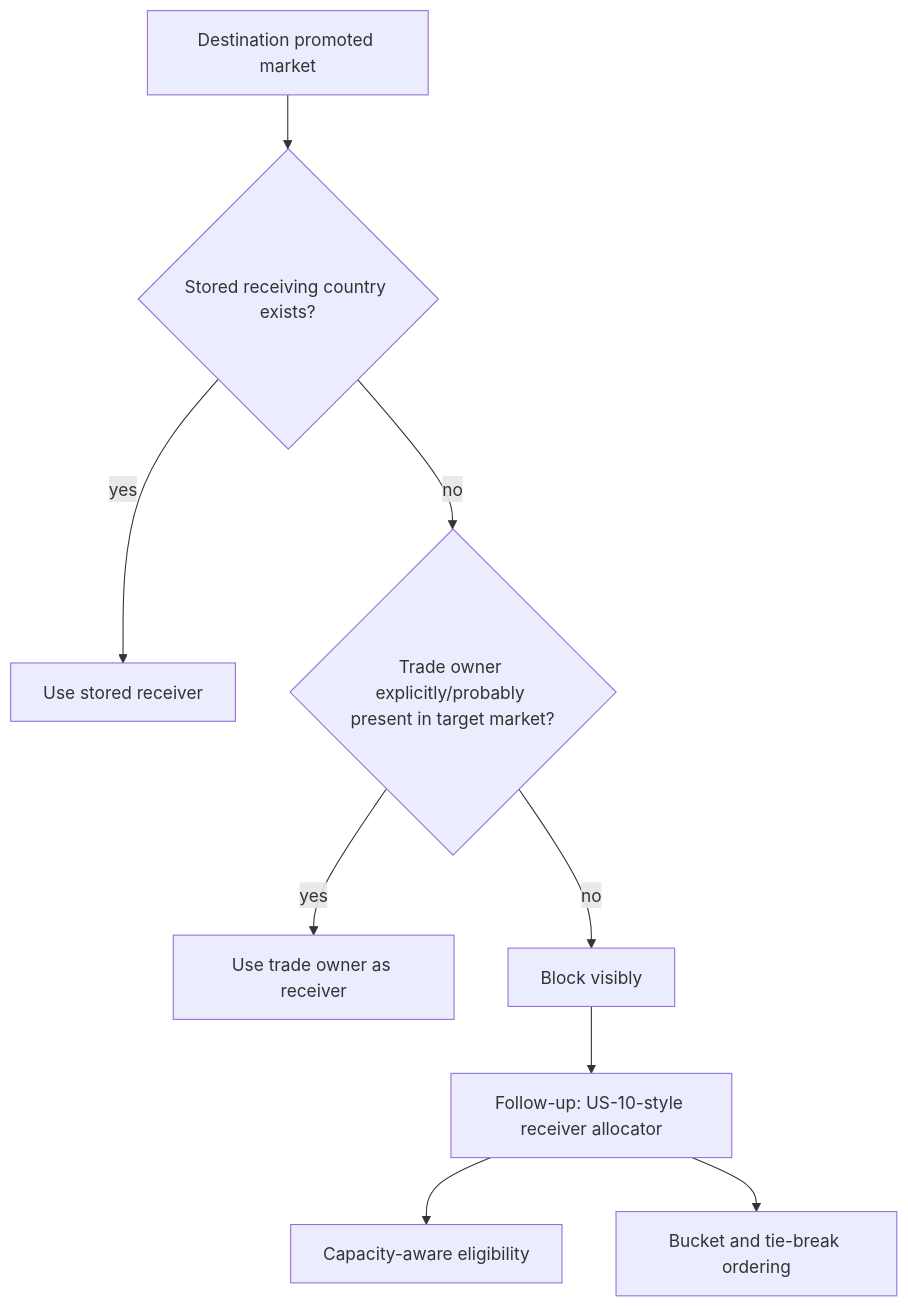
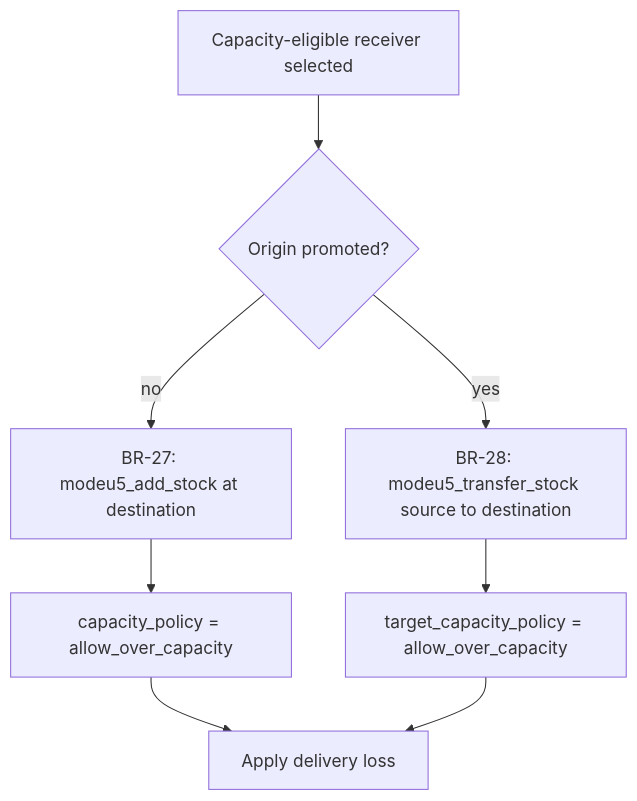
Before and after one commit to eu5mod/eu5-no-void-economy: the fourth of 6 diagrams in docs/audits/pr107/Q5_workflow_state.md, drawn with Mermaid. The commit also changed other lines of this file, not shown here.

Commit message:
Update PR107 Q5 flow and coverage status

````diff
--- a/docs/audits/pr107/Q5_workflow_state.md
+++ b/docs/audits/pr107/Q5_workflow_state.md
@@ -170,11 +104,10 @@
 ```mermaid
 flowchart TD
-    A[Destination promoted market] --> B{Stored receiving country exists?}
-    B -- yes --> C[Use stored receiver]
-    B -- no --> D{Trade owner explicitly/probably present in target market?}
-    D -- yes --> E[Use trade owner as receiver]
-    D -- no --> F[Block visibly]
-    F --> G[Follow-up: US-10-style receiver allocator]
-    G --> H[Capacity-aware eligibility]
-    G --> I[Bucket and tie-break ordering]
+    A[Capacity-eligible receiver selected] --> B{Origin promoted?}
+    B -- no --> C[BR-27: modeu5_add_stock at destination]
+    B -- yes --> D[BR-28: modeu5_transfer_stock source to destination]
+    C --> E[capacity_policy = allow_over_capacity]
+    D --> F[target_capacity_policy = allow_over_capacity]
+    E --> G[Apply delivery loss]
+    F --> G
 ```
````
